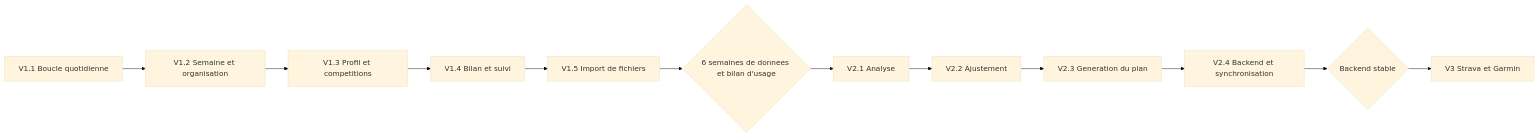
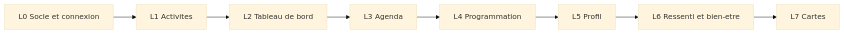
The third of 3 diagrams in CLAUDE.md (quentinmonnier04/appli-triathlon), drawn with Mermaid (base theme) before and after one commit. The commit also changed other lines of this file, not shown here.

````diff
--- a/CLAUDE.md
+++ b/CLAUDE.md
@@ -615,14 +363,10 @@
 ```mermaid
 flowchart LR
-    A["V1.1 Boucle quotidienne"] --> B["V1.2 Semaine et organisation"]
-    B --> C["V1.3 Profil et competitions"]
-    C --> D["V1.4 Bilan et suivi"]
-    D --> K["V1.5 Import de fichiers"]
-    K --> G1{"6 semaines de donnees et bilan d'usage"}
-    G1 --> E["V2.1 Analyse"]
-    E --> F["V2.2 Ajustement"]
-    F --> H["V2.3 Generation du plan"]
-    H --> I["V2.4 Backend et synchronisation"]
-    I --> G2{"Backend stable"}
-    G2 --> J["V3 Strava et Garmin"]
+    L0["L0 Socle et connexion"] --> L1["L1 Activites"]
+    L1 --> L2["L2 Tableau de bord"]
+    L2 --> L3["L3 Agenda"]
+    L3 --> L4["L4 Programmation"]
+    L4 --> L5["L5 Profil"]
+    L5 --> L6["L6 Ressenti et bien-etre"]
+    L6 --> L7["L7 Cartes"]
 ```
````
